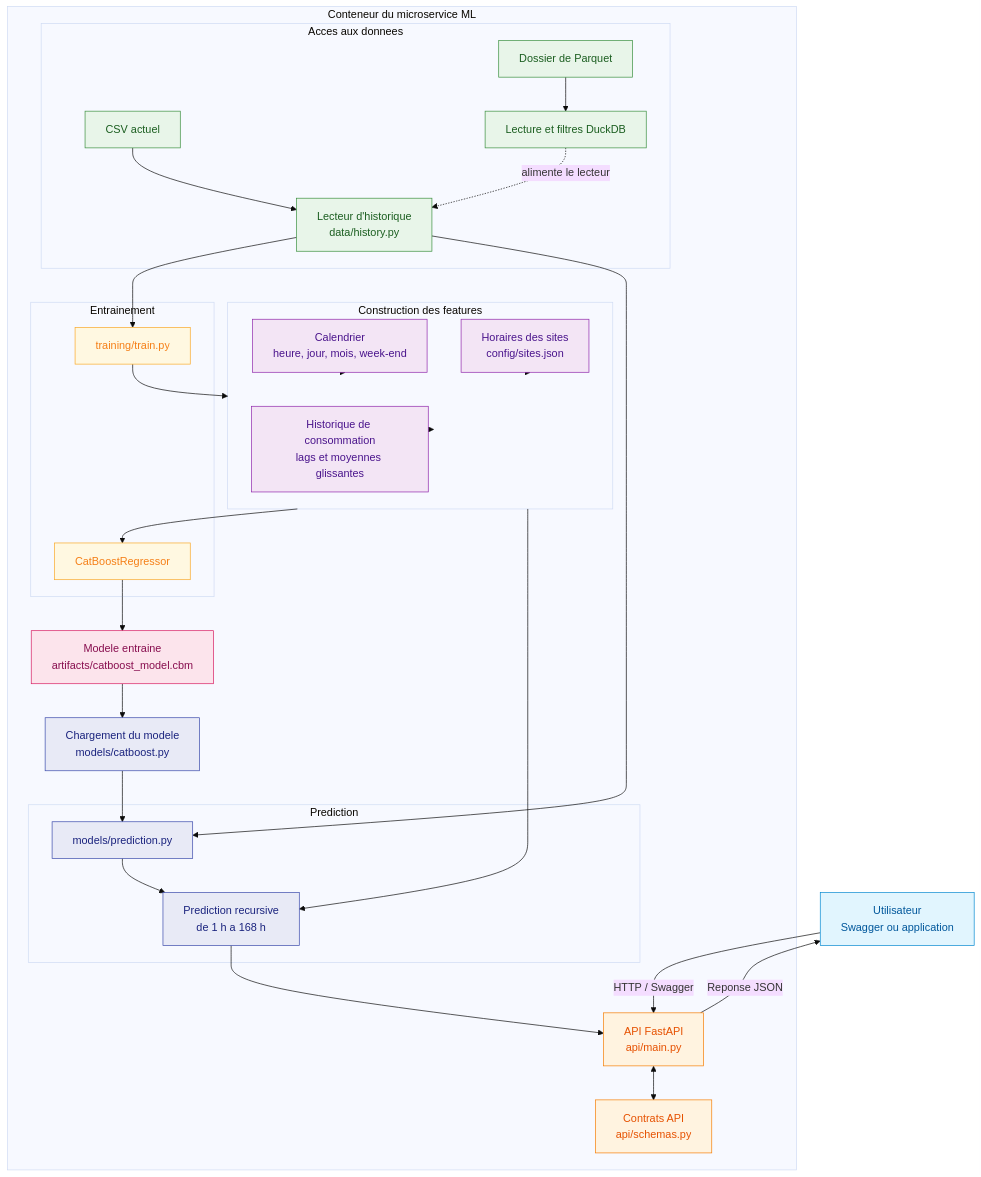
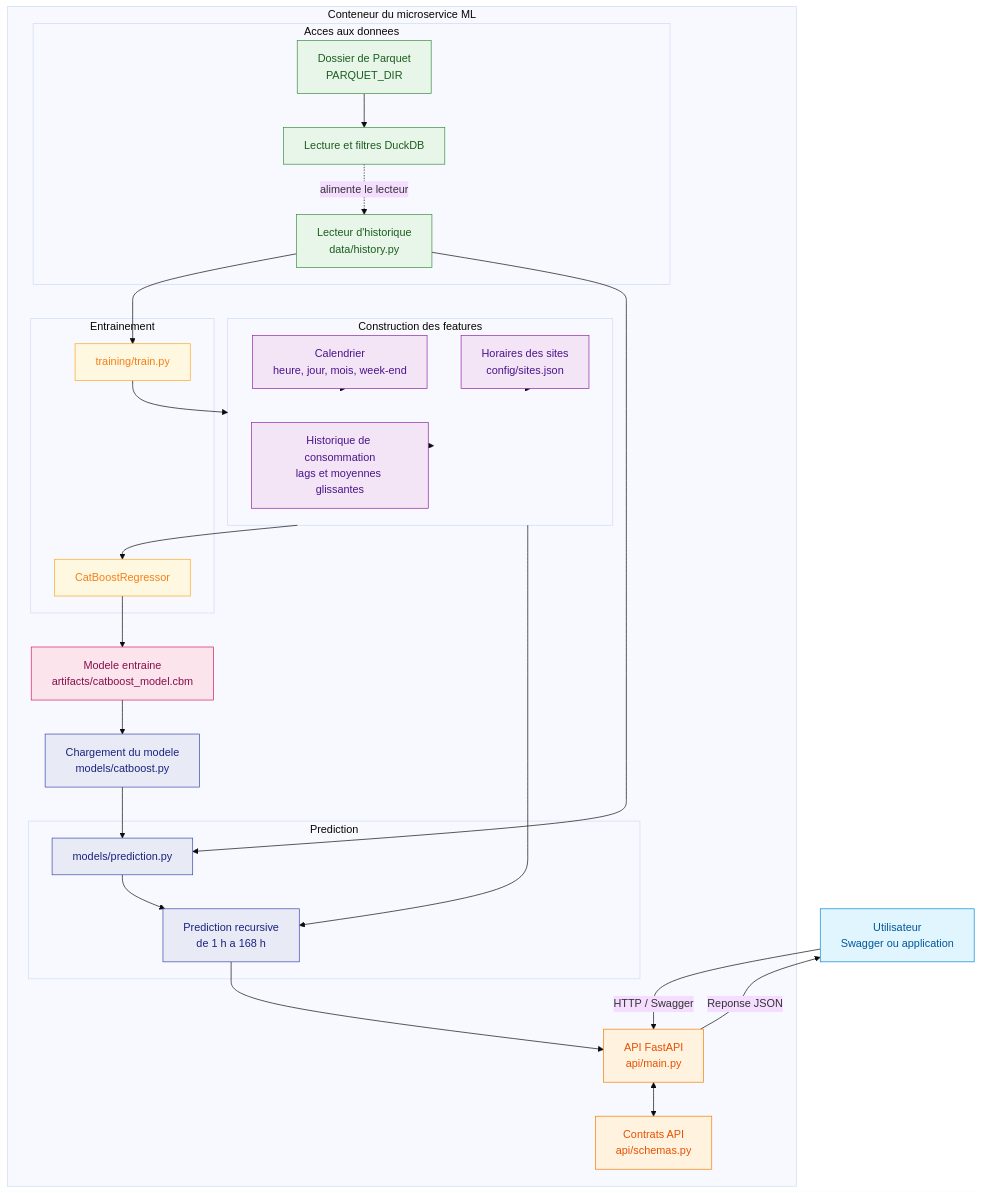
The first of 3 diagrams in apps/ml/README.md (AlexRovere/smart-energy-optimizer), drawn with Mermaid (base theme) before and after one commit. The commit also changed other lines of this file and 10 other files, not shown here.

````diff
--- a/apps/ml/README.md
+++ b/apps/ml/README.md
@@ -161,77 +156,75 @@
 ```mermaid
 flowchart TB
     USER["Utilisateur<br/>Swagger ou application"]
 
     subgraph CONTAINER["Conteneur du microservice ML"]
         API["API FastAPI<br/>api/main.py"]
         SCHEMAS["Contrats API<br/>api/schemas.py"]
 
         subgraph DATA["Acces aux donnees"]
             READER["Lecteur d'historique<br/>data/history.py"]
-            CSV["CSV actuel"]
-            PARQUET["Dossier de Parquet"]
+            PARQUET["Dossier de Parquet<br/>PARQUET_DIR"]
             DUCKDB["Lecture et filtres DuckDB"]
         end
 
         subgraph FEATURES["Construction des features"]
             CALENDAR["Calendrier<br/>heure, jour, mois, week-end"]
             SCHEDULE["Horaires des sites<br/>config/sites.json"]
             HISTORY["Historique de consommation<br/>lags et moyennes glissantes"]
         end
 
         subgraph TRAINING["Entrainement"]
             TRAIN["training/train.py"]
             CATBOOST_TRAIN["CatBoostRegressor"]
         end
 
         subgraph PREDICTION["Prediction"]
             SERVICE["models/prediction.py"]
             RECURSIVE["Prediction recursive<br/>de 1 h a 168 h"]
         end
 
         MODEL_LOADER["Chargement du modele<br/>models/catboost.py"]
         ARTIFACT["Modele entraine<br/>artifacts/catboost_model.cbm"]
     end
 
     USER -->|"HTTP / Swagger"| API
     API <--> SCHEMAS
 
-    CSV --> READER
     PARQUET --> DUCKDB
     DUCKDB -. "alimente le lecteur" .-> READER
 
     READER --> TRAIN
     READER --> SERVICE
 
     TRAIN --> FEATURES
     FEATURES --> CATBOOST_TRAIN
     CATBOOST_TRAIN --> ARTIFACT
 
     ARTIFACT --> MODEL_LOADER
     MODEL_LOADER --> SERVICE
 
     CALENDAR --> FEATURES
     SCHEDULE --> FEATURES
     HISTORY --> FEATURES
 
     FEATURES --> RECURSIVE
     SERVICE --> RECURSIVE
     RECURSIVE --> API
     API -->|"Reponse JSON"| USER
 
     classDef user fill:#e1f5fe,stroke:#0288d1,color:#01579b
     classDef api fill:#fff3e0,stroke:#f57c00,color:#e65100
     classDef data fill:#e8f5e9,stroke:#388e3c,color:#1b5e20
     classDef feature fill:#f3e5f5,stroke:#8e24aa,color:#4a148c
     classDef train fill:#fff8e1,stroke:#f9a825,color:#f57f17
     classDef prediction fill:#e8eaf6,stroke:#3949ab,color:#1a237e
     classDef artifact fill:#fce4ec,stroke:#d81b60,color:#880e4f
 
     class USER user
     class API,SCHEMAS api
-    class READER,CSV,PARQUET,DUCKDB data
+    class READER,PARQUET,DUCKDB data
     class CALENDAR,SCHEDULE,HISTORY feature
     class TRAIN,CATBOOST_TRAIN train
     class SERVICE,RECURSIVE,MODEL_LOADER prediction
     class ARTIFACT artifact
 ```
````
